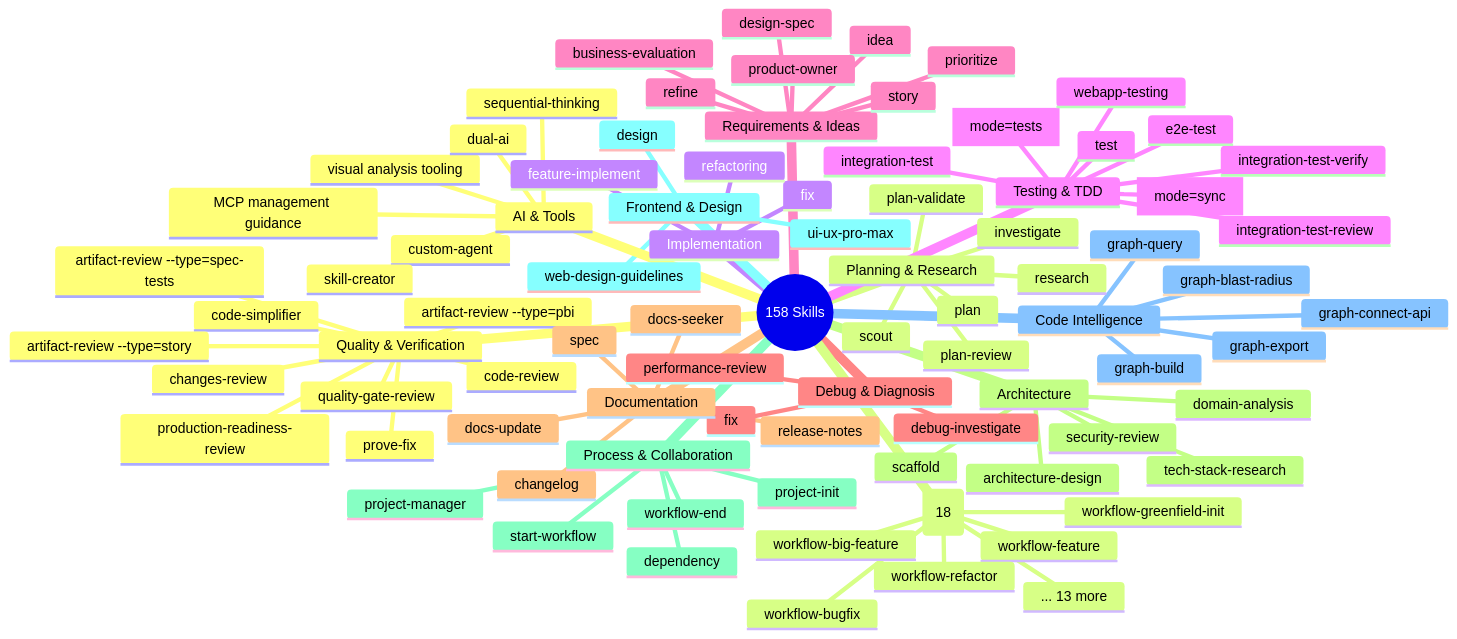
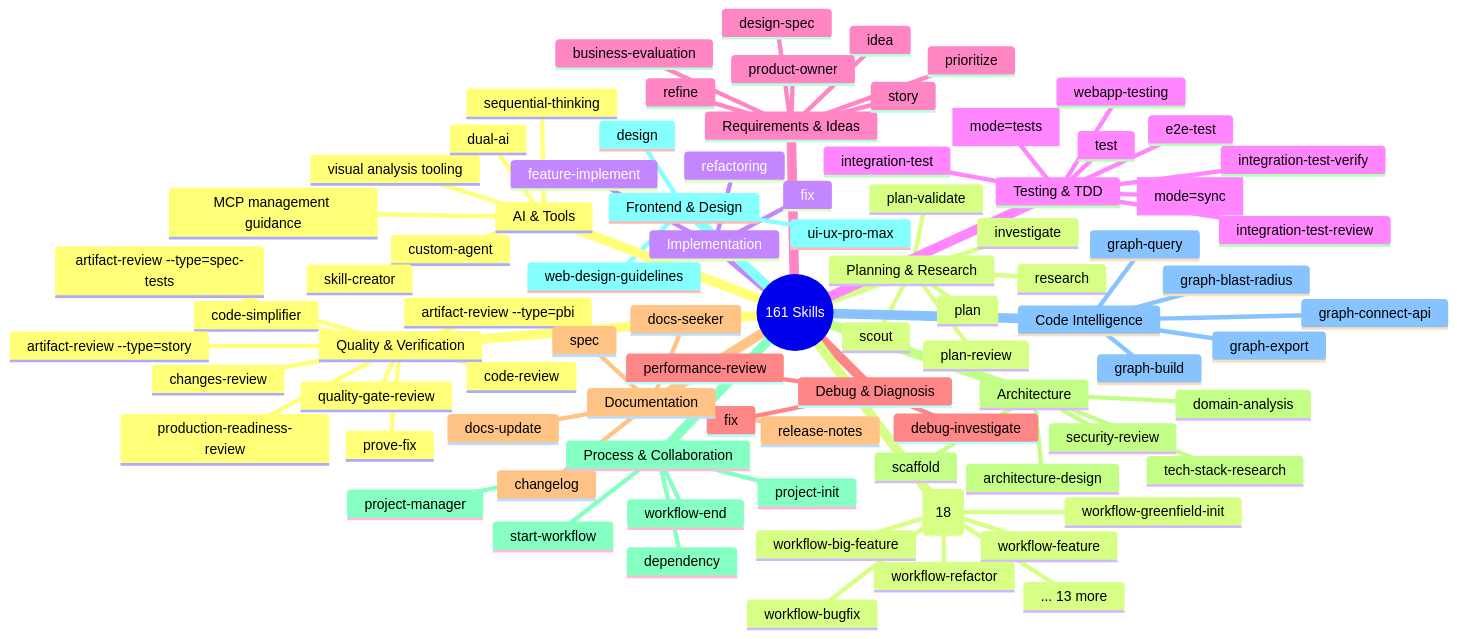
One commit to duc01226/easy-claude changed the fifth of 20 diagrams in .claude/docs/claude-ai-agent-framework-guide.md. Above: the diagram before and after it, drawn with Mermaid. The commit also changed other lines of this file and 108 other files, not shown here.

````diff
--- a/.claude/docs/claude-ai-agent-framework-guide.md
+++ b/.claude/docs/claude-ai-agent-framework-guide.md
@@ -459,6 +459,6 @@
 ```mermaid
 mindmap
-  root((158 Skills))
+  root((161 Skills))
     Quality & Verification
       code-review
       prove-fix
````
